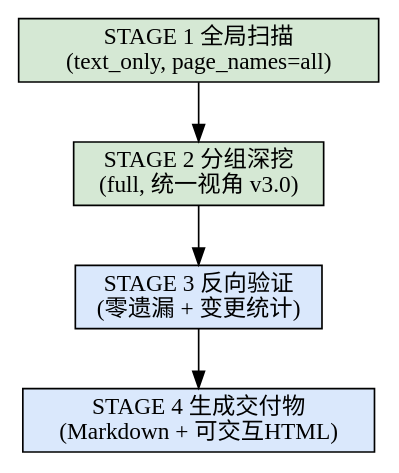
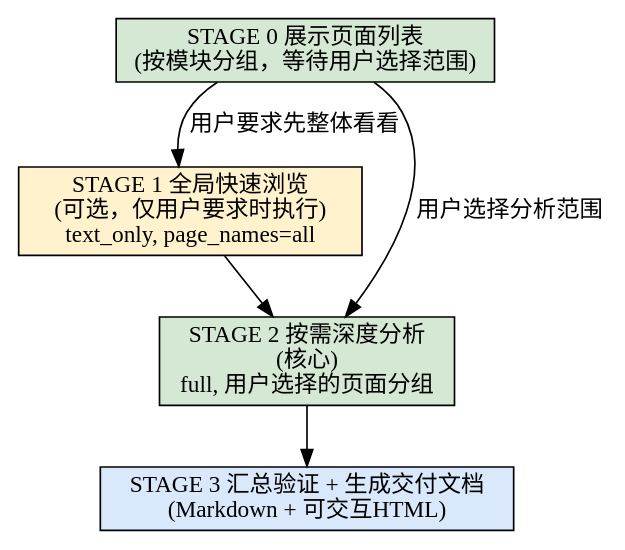
One commit to BlackFlame-plus/Flame-Skills changed the second of 2 diagrams in plugins/ui-or-prd-tool/skills/lanhu-requirements/SKILL.md. Above: the diagram before and after it, drawn with Graphviz. The commit also changed other lines of this file and 2 other files, not shown here.

First line of the commit message:
feat(lanhu): 重构四阶段工作流 v3.3 - STAGE0 用户确认范围 + STAGE1 可选全局扫描

````diff
--- a/plugins/ui-or-prd-tool/skills/lanhu-requirements/SKILL.md
+++ b/plugins/ui-or-prd-tool/skills/lanhu-requirements/SKILL.md
@@ -180,13 +180,16 @@
 ```dot
 digraph four_stage {
     rankdir=TB;
     node [shape=box, style=filled, fillcolor="#e8f4f8"];
 
-    s1 [label="STAGE 1 全局扫描\n(text_only, page_names=all)", fillcolor="#d5e8d4"];
-    s2 [label="STAGE 2 分组深挖\n(full, 统一视角 v3.0)", fillcolor="#d5e8d4"];
-    s3 [label="STAGE 3 反向验证\n(零遗漏 + 变更统计)", fillcolor="#dae8fc"];
-    s4 [label="STAGE 4 生成交付物\n(Markdown + 可交互HTML)", fillcolor="#dae8fc"];
+    s0 [label="STAGE 0 展示页面列表\n(按模块分组，等待用户选择范围)", fillcolor="#d5e8d4"];
+    s1 [label="STAGE 1 全局快速浏览\n(可选，仅用户要求时执行)\ntext_only, page_names=all", fillcolor="#fff2cc"];
+    s2 [label="STAGE 2 按需深度分析\n(核心)\nfull, 用户选择的页面分组", fillcolor="#d5e8d4"];
+    s3 [label="STAGE 3 汇总验证 + 生成交付文档\n(Markdown + 可交互HTML)", fillcolor="#dae8fc"];
 
-    s1 -> s2 -> s3 -> s4;
+    s0 -> s1 [label="用户要求先整体看看"];
+    s0 -> s2 [label="用户选择分析范围"];
+    s1 -> s2;
+    s2 -> s3;
 }
 ```
````
